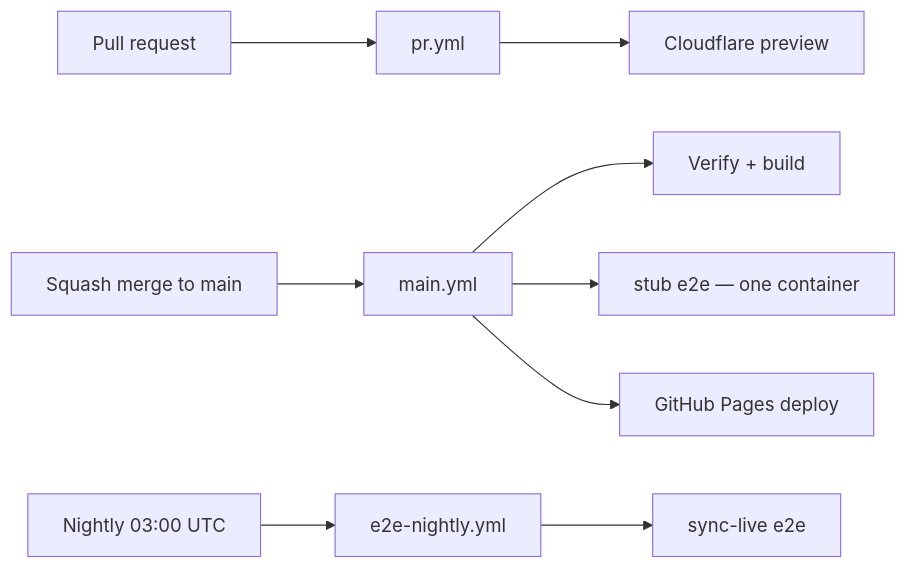
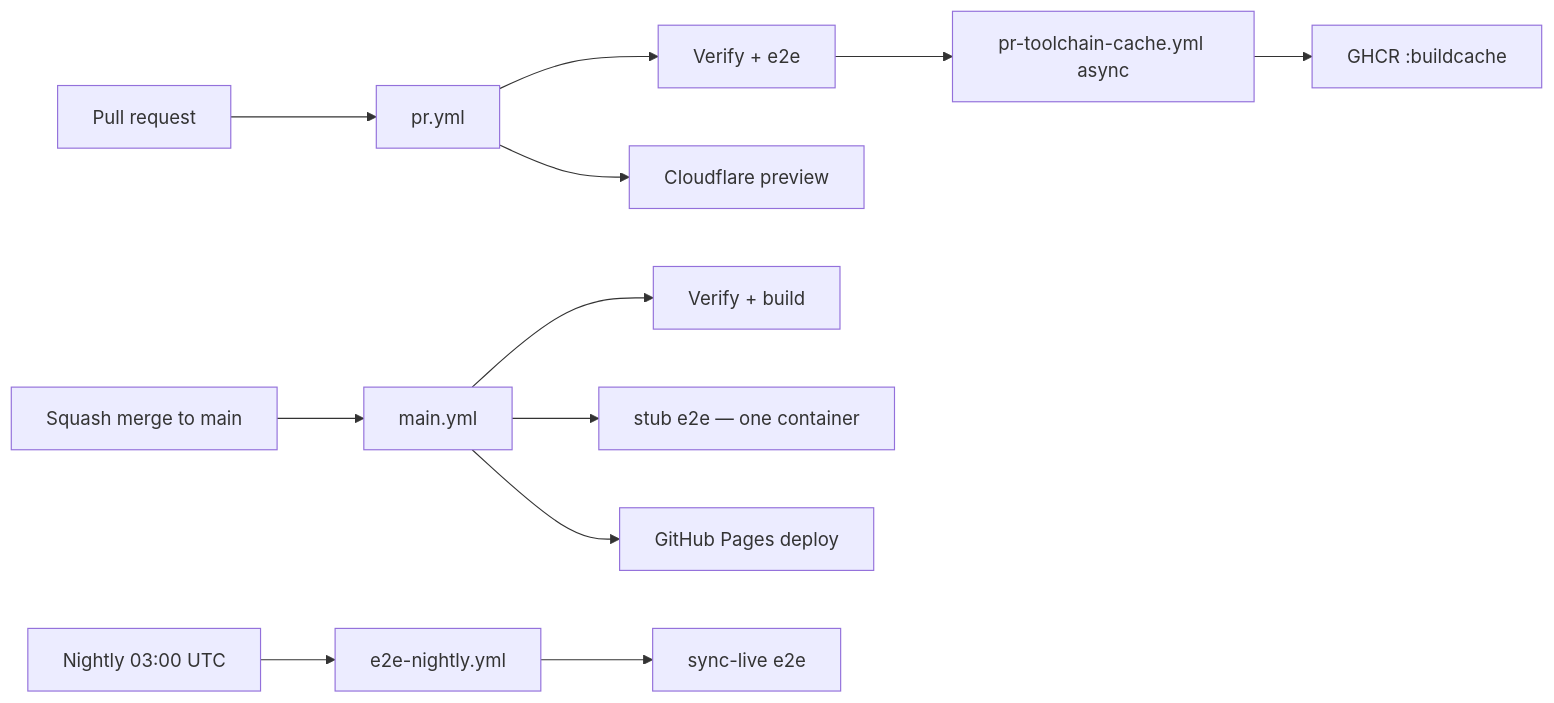
One commit to meta-secret/nook changed the diagram in .cortex/workflows/ci-pipeline.md. Above: the diagram before and after it, drawn with Mermaid. The commit also changed other lines of this file and 2 other files, not shown here.

Commit message:
Decouple PR toolchain cache publish from preview deploy.
Trigger pr-toolchain-cache.yml asynchronously after verify so Cloudflare deploy is not blocked and the PR check completes when preview finishes. Cache publish continues in a separate workflow run.

````diff
--- a/.cortex/workflows/ci-pipeline.md
+++ b/.cortex/workflows/ci-pipeline.md
@@ -14,13 +15,16 @@
 ```mermaid
 flowchart LR
   PR[Pull request] --> pr_yml[pr.yml]
+  pr_yml --> verify[Verify + e2e]
   pr_yml --> preview[Cloudflare preview]
+  verify --> cache_dispatch[pr-toolchain-cache.yml async]
+  cache_dispatch --> ghcr[GHCR :buildcache]
 
   merge[Squash merge to main] --> main_yml[main.yml]
-  main_yml --> verify[Verify + build]
+  main_yml --> main_verify[Verify + build]
   main_yml --> e2e_stub[stub e2e — one container]
   main_yml --> pages[GitHub Pages deploy]
 
   cron[Nightly 03:00 UTC] --> nightly[e2e-nightly.yml]
   nightly --> e2e_live[sync-live e2e]
 ```
````
